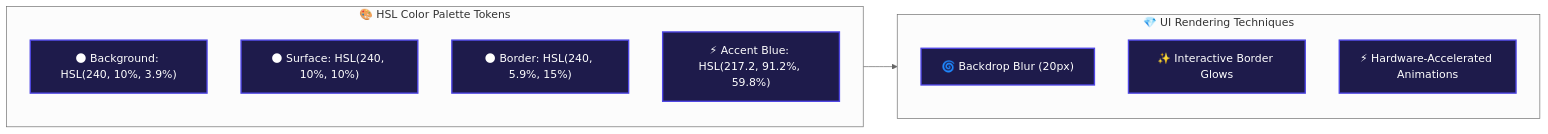
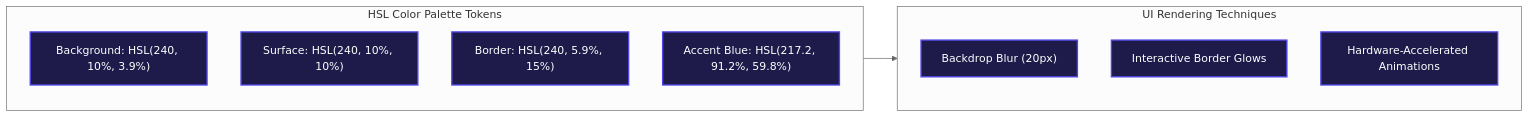
One commit to Abhijith-Sura/Task-Management-App changed the first of 2 diagrams in client/README.md. Above: the diagram before and after it, drawn with Mermaid (neutral theme). The commit also changed other lines of this file and 2 other files, not shown here.

Commit message:
docs: remove emojis and add extensive flow explanations for newcomers to all READMEs

````diff
--- a/client/README.md
+++ b/client/README.md
@@ -11,22 +11,21 @@
 ```mermaid
 graph LR
-    %% Styling
     classDef token fill:#1e1b4b,stroke:#4f46e5,stroke-width:2px,color:#fff;
     
-    subgraph ColorTokens ["🎨 HSL Color Palette Tokens"]
-        Bg["🌑 Background: HSL(240, 10%, 3.9%)"]
-        Surf["🌑 Surface: HSL(240, 10%, 10%)"]
-        Bord["🌑 Border: HSL(240, 5.9%, 15%)"]
-        Blue["⚡ Accent Blue: HSL(217.2, 91.2%, 59.8%)"]
+    subgraph ColorTokens ["HSL Color Palette Tokens"]
+        Bg["Background: HSL(240, 10%, 3.9%)"]
+        Surf["Surface: HSL(240, 10%, 10%)"]
+        Bord["Border: HSL(240, 5.9%, 15%)"]
+        Blue["Accent Blue: HSL(217.2, 91.2%, 59.8%)"]
     end
     class Bg,Surf,Bord,Blue token;
 
-    subgraph VisualStyle ["💎 UI Rendering Techniques"]
-        Blur["🌀 Backdrop Blur (20px)"]
-        Glow["✨ Interactive Border Glows"]
-        Micro["⚡ Hardware-Accelerated Animations"]
+    subgraph VisualStyle ["UI Rendering Techniques"]
+        Blur["Backdrop Blur (20px)"]
+        Glow["Interactive Border Glows"]
+        Micro["Hardware-Accelerated Animations"]
     end
     class Blur,Glow,Micro token;
 
     ColorTokens --> VisualStyle
 ```
````
